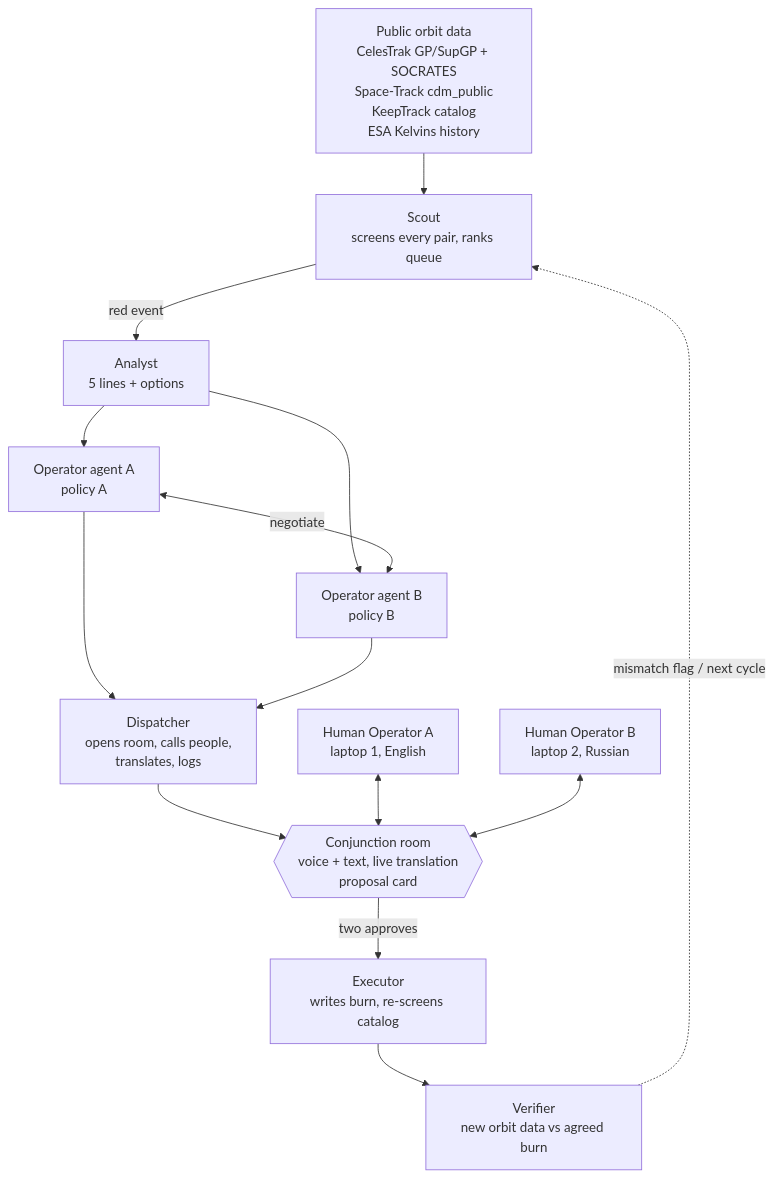
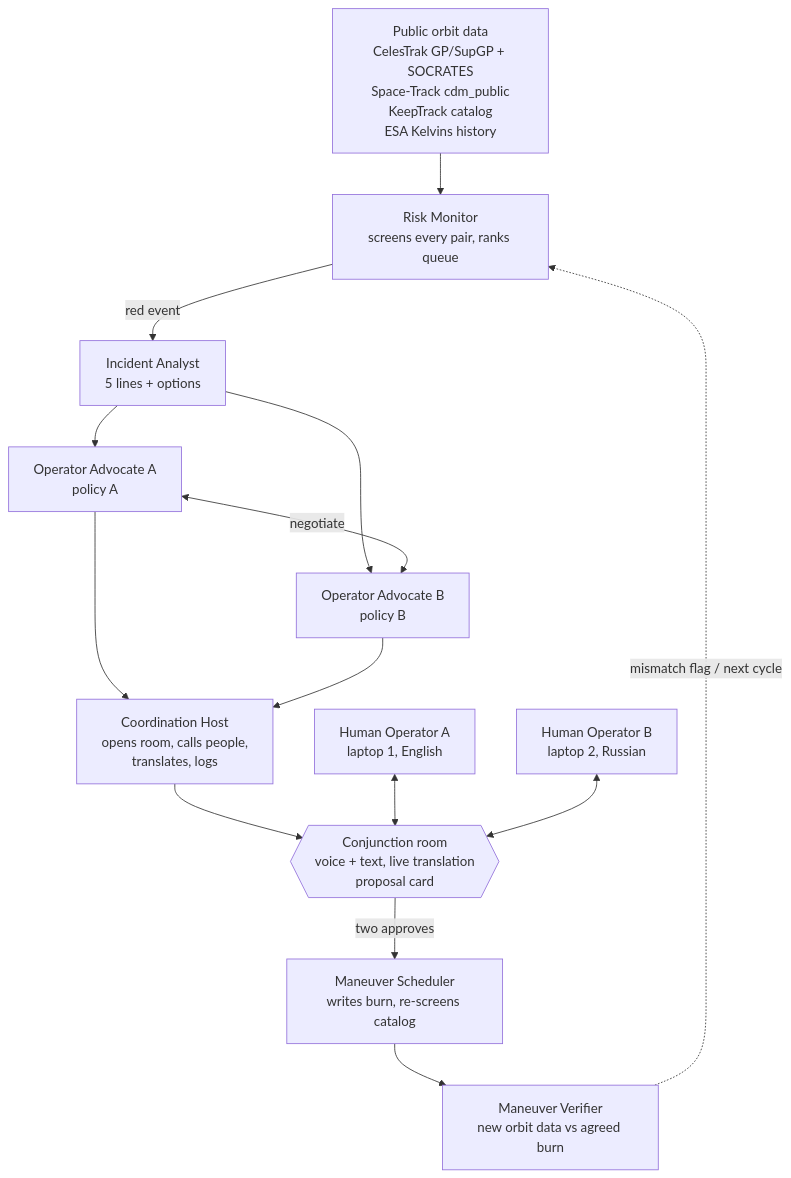
Before and after one commit to ksavkin/OrbitCall: the diagram in docs/plan-v1.md, drawn with Mermaid. The commit also changed other lines of this file and 2 other files, not shown here.

````diff
--- a/docs/plan-v1.md
+++ b/docs/plan-v1.md
@@ -135,16 +135,16 @@
 ```mermaid
 flowchart TD
-    D["Public orbit data<br/>CelesTrak GP/SupGP + SOCRATES<br/>Space-Track cdm_public<br/>KeepTrack catalog<br/>ESA Kelvins history"] --> S[Scout<br/>screens every pair, ranks queue]
-    S -- "red event" --> AN[Analyst<br/>5 lines + options]
-    AN --> OA[Operator agent A<br/>policy A]
-    AN --> OB[Operator agent B<br/>policy B]
+    D["Public orbit data<br/>CelesTrak GP/SupGP + SOCRATES<br/>Space-Track cdm_public<br/>KeepTrack catalog<br/>ESA Kelvins history"] --> S[Risk Monitor<br/>screens every pair, ranks queue]
+    S -- "red event" --> AN[Incident Analyst<br/>5 lines + options]
+    AN --> OA[Operator Advocate A<br/>policy A]
+    AN --> OB[Operator Advocate B<br/>policy B]
     OA <-- negotiate --> OB
-    OA --> DI[Dispatcher<br/>opens room, calls people,<br/>translates, logs]
+    OA --> DI[Coordination Host<br/>opens room, calls people,<br/>translates, logs]
     OB --> DI
     DI --> R{{"Conjunction room<br/>voice + text, live translation<br/>proposal card"}}
     HA["Human Operator A<br/>laptop 1, English"] <--> R
     HB["Human Operator B<br/>laptop 2, Russian"] <--> R
-    R -- "two approves" --> EX[Executor<br/>writes burn, re-screens catalog]
-    EX --> VE[Verifier<br/>new orbit data vs agreed burn]
+    R -- "two approves" --> EX[Maneuver Scheduler<br/>writes burn, re-screens catalog]
+    EX --> VE[Maneuver Verifier<br/>new orbit data vs agreed burn]
     VE -. "mismatch flag / next cycle" .-> S
 ```
````
